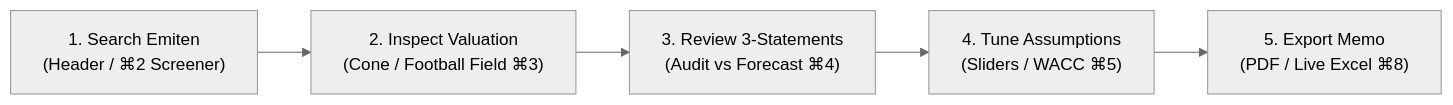
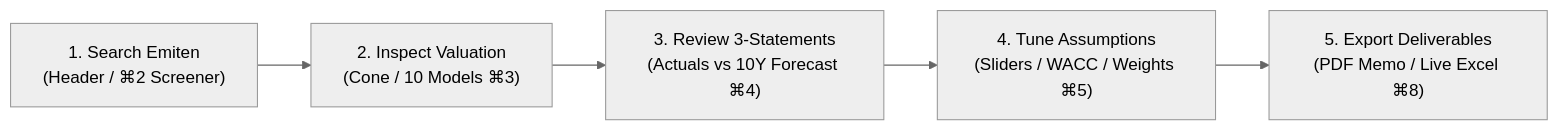
The first of 2 diagrams in README.md (celeebi/DBV_Midterm), drawn with Mermaid (neutral theme) before and after one commit. The commit also changed other lines of this file, not shown here.

Commit message:
docs(readme): curate flagship README with live Hugging Face cloud demo, market feed architecture, peer engine, and author bio

````diff
--- a/README.md
+++ b/README.md
@@ -79,7 +124,7 @@
 ```mermaid
 flowchart LR
-    S1["1. Search Emiten\n(Header / ⌘2 Screener)"] --> S2["2. Inspect Valuation\n(Cone / Football Field ⌘3)"]
-    S2 --> S3["3. Review 3-Statements\n(Audit vs Forecast ⌘4)"]
-    S3 --> S4["4. Tune Assumptions\n(Sliders / WACC ⌘5)"]
-    S4 --> S5["5. Export Memo\n(PDF / Live Excel ⌘8)"]
+    S1["1. Search Emiten\n(Header / ⌘2 Screener)"] --> S2["2. Inspect Valuation\n(Cone / 10 Models ⌘3)"]
+    S2 --> S3["3. Review 3-Statements\n(Actuals vs 10Y Forecast ⌘4)"]
+    S3 --> S4["4. Tune Assumptions\n(Sliders / WACC / Weights ⌘5)"]
+    S4 --> S5["5. Export Deliverables\n(PDF Memo / Live Excel ⌘8)"]
 ```
````
